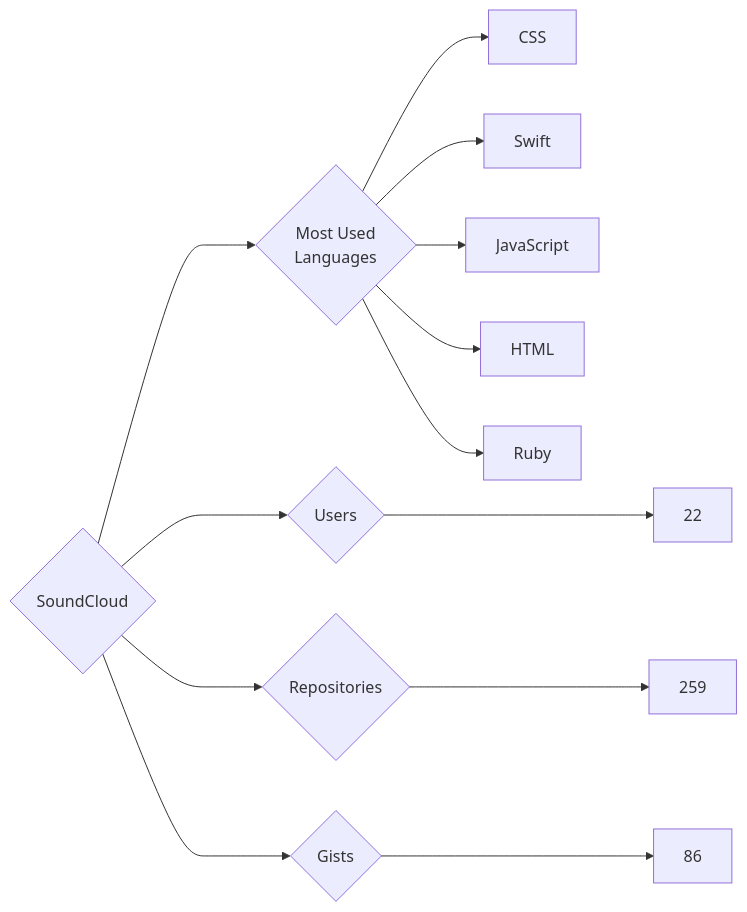
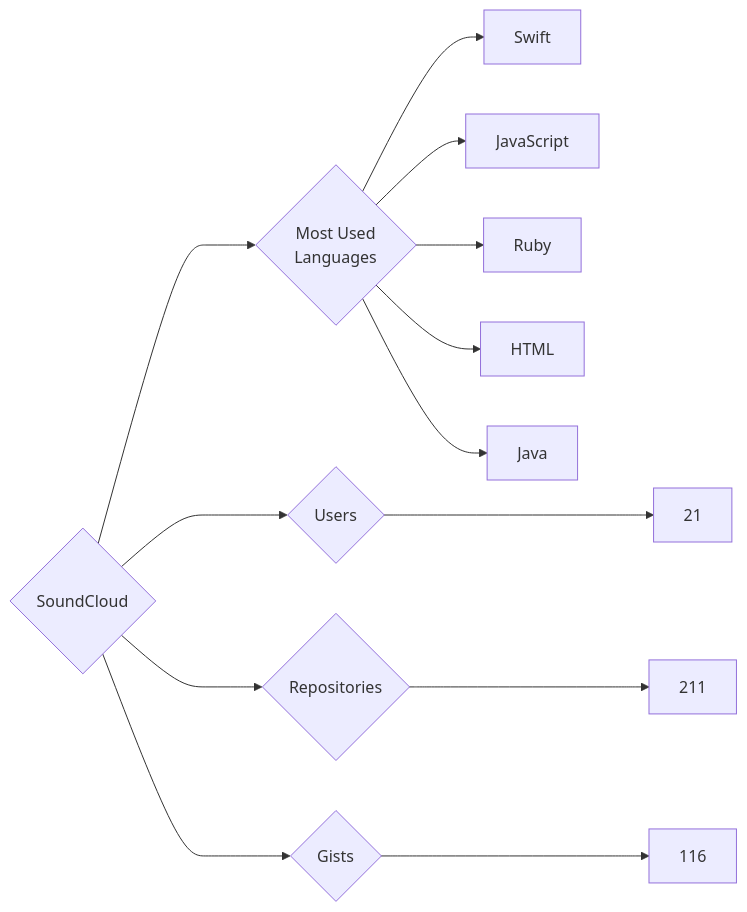
Before and after one commit to trickest/insiders: the diagram in targets/SoundCloud/README.md, drawn with Mermaid. The commit also changed 1479 other files, not shown here.

````diff
--- a/targets/SoundCloud/README.md
+++ b/targets/SoundCloud/README.md
@@ -3,13 +3,13 @@
 ```mermaid
 graph LR
 COMPANY_NAME{SoundCloud}
-COMPANY_NAME ---> U{Users} ---> UN[22]
-COMPANY_NAME ---> R{Repositories} ---> RN[259]
-COMPANY_NAME ---> G{Gists} ---> GN[86]
+COMPANY_NAME ---> U{Users} ---> UN[21]
+COMPANY_NAME ---> R{Repositories} ---> RN[211]
+COMPANY_NAME ---> G{Gists} ---> GN[116]
 COMPANY_NAME ---> ML{Most Used<br>Languages}
-ML --> CSS[CSS]
 ML --> Swift[Swift]
 ML --> JavaScript[JavaScript]
+ML --> Ruby[Ruby]
 ML --> HTML[HTML]
-ML --> Ruby[Ruby]
+ML --> Java[Java]
 ```
````
